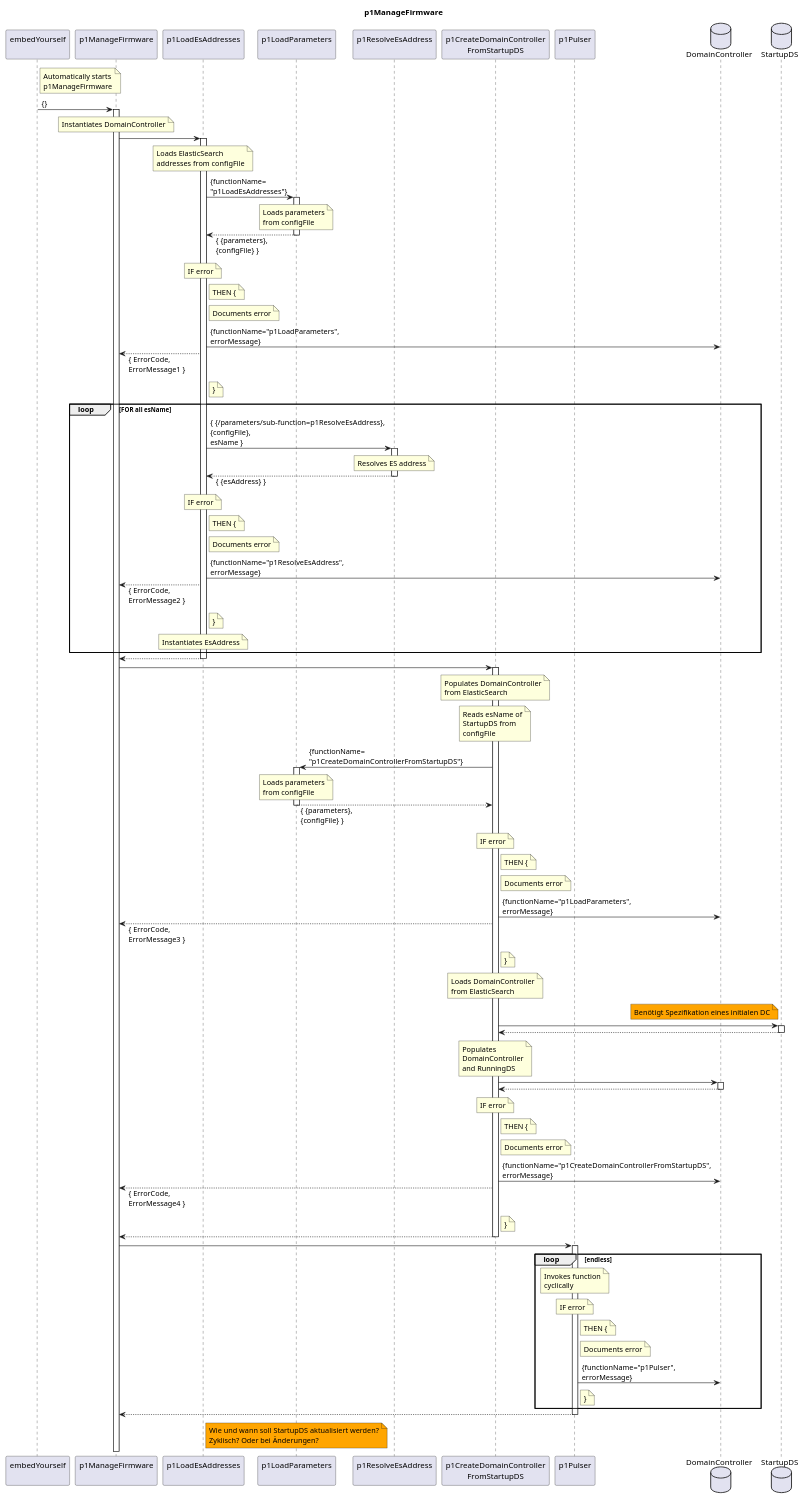
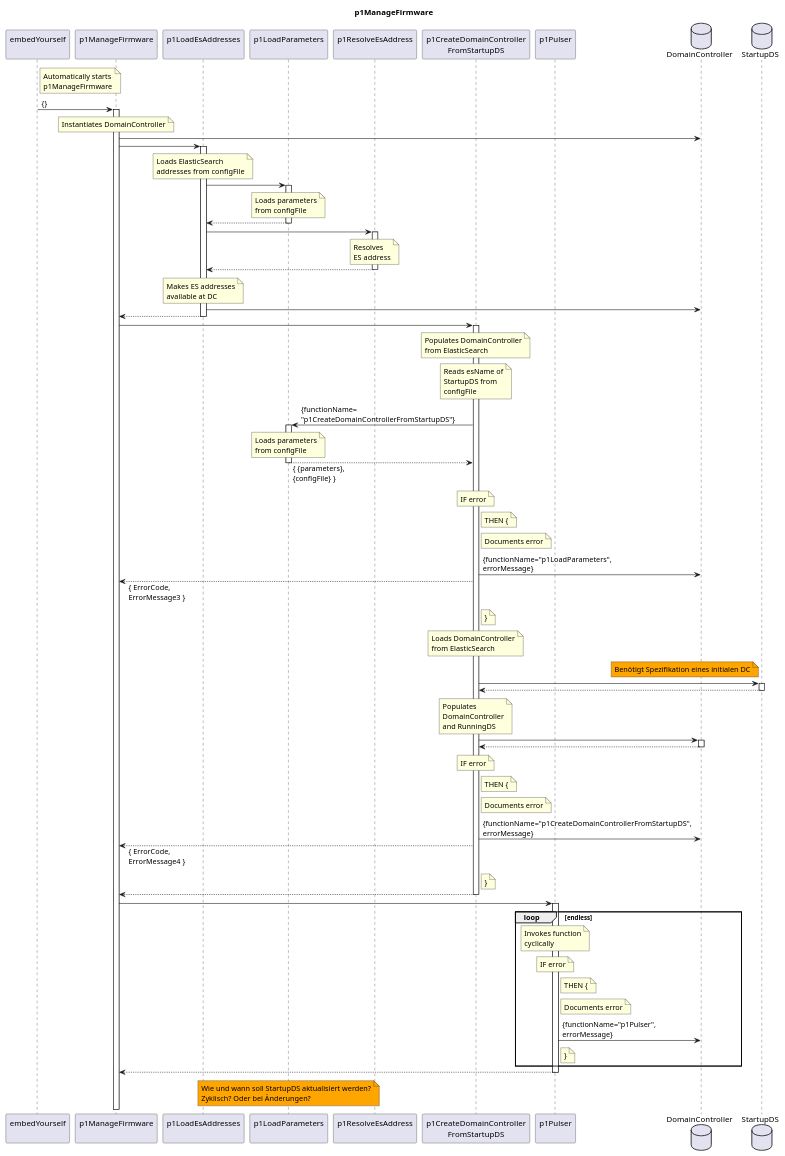
The diagram in spec/Functions/Administrative/p1ManageFirmware/1.0.0/p1ManageFirmware.plantuml (openBackhaul/FirmWareManager), drawn with PlantUML before and after one commit. The commit also changed 6 other files, not shown here.

Commit message:
Add sequence diagram of p1LoadEsAddresses

```diff
--- a/spec/Functions/Administrative/p1ManageFirmware/1.0.0/p1ManageFirmware.plantuml
+++ b/spec/Functions/Administrative/p1ManageFirmware/1.0.0/p1ManageFirmware.plantuml
@@ -1,191 +1,162 @@
 @startuml p1ManageFirmware
 skinparam responseMessageBelowArrow true
 
 title
   p1ManageFirmware
 end title
 
 participant "embedYourself\n" as embed
 participant "p1ManageFirmware\n" as p1ManaFw
 participant "p1LoadEsAddresses\n" as p1LEA
 participant "p1LoadParameters\n" as p1LP
 participant "p1ResolveEsAddress\n" as p1REA
 participant "p1CreateDomainController\nFromStartupDS" as p1CDCFS
 participant "p1Pulser\n" as p1Puls
 database "DomainController" as DC
 database "StartupDS" as StartDS
 
 note right embed
   Automatically starts
   p1ManageFirmware
 end note
 embed -> p1ManaFw : {}
 activate p1ManaFw
 
   note over p1ManaFw
     Instantiates DomainController
   end note
+  p1ManaFw -> DC
 
   p1ManaFw -> p1LEA
   activate p1LEA
     note over p1LEA
       Loads ElasticSearch
       addresses from configFile
     end note
-
-    p1LEA -> p1LP : {functionName=\n"p1LoadEsAddresses"}
+    p1LEA -> p1LP
     activate p1LP
       note over p1LP
         Loads parameters
         from configFile
       end note
-    p1LEA <-- p1LP : { {parameters},\n{configFile} }
+    p1LEA <-- p1LP
     deactivate p1LP
+    p1LEA -> p1REA
+    activate p1REA
+      note over p1REA
+        Resolves
+        ES address
+      end note
+    p1LEA <-- p1REA
+    deactivate p1REA
     note over p1LEA
-      IF error
+      Makes ES addresses
+      available at DC
     end note
-    note right p1LEA
-      THEN {
-    end note
-    note right p1LEA
-      Documents error
-    end note
-    p1LEA -> DC : {functionName="p1LoadParameters",\nerrorMessage}
-    p1ManaFw <-- p1LEA : { ErrorCode,\nErrorMessage1 }
-    note right p1LEA
-      }
-    end note
-
-    loop FOR all esName
-      p1LEA -> p1REA : { {/parameters/sub-function=p1ResolveEsAddress},\n{configFile},\nesName }
-      activate p1REA
-        note over p1REA
-          Resolves ES address
-        end note
-      p1LEA <-- p1REA : { {esAddress} }
-      deactivate p1REA
-      note over p1LEA
-        IF error
-      end note
-      note right p1LEA
-        THEN {
-      end note
-      note right p1LEA
-        Documents error
-      end note
-      p1LEA -> DC : {functionName="p1ResolveEsAddress",\nerrorMessage}
-      p1ManaFw <-- p1LEA : { ErrorCode,\nErrorMessage2 }
-      note right p1LEA
-        }
-      end note
-
-      note over p1LEA
-        Instantiates EsAddress
-      end note
-    end loop
+    p1LEA -> DC
   p1ManaFw <-- p1LEA
   deactivate p1LEA
 
   p1ManaFw -> p1CDCFS
   activate p1CDCFS
     note over p1CDCFS
       Populates DomainController
       from ElasticSearch
     end note
 
     note over p1CDCFS
       Reads esName of
       StartupDS from
       configFile
     end note
     p1CDCFS -> p1LP : {functionName=\n"p1CreateDomainControllerFromStartupDS"}
     activate p1LP
       note over p1LP
         Loads parameters
         from configFile
       end note
     p1CDCFS <-- p1LP : { {parameters},\n{configFile} }
     deactivate p1LP
     note over p1CDCFS
       IF error
     end note
     note right p1CDCFS
       THEN {
     end note
     note right p1CDCFS
       Documents error
     end note
     p1CDCFS -> DC : {functionName="p1LoadParameters",\nerrorMessage}
     p1ManaFw <-- p1CDCFS : { ErrorCode,\nErrorMessage3 }
     note right p1CDCFS
       }
     end note
 
     note over p1CDCFS
       Loads DomainController
       from ElasticSearch
     end note
         note left StartDS #Orange
           Benötigt Spezifikation eines initialen DC
         end note
     p1CDCFS -> StartDS
     activate StartDS
     p1CDCFS <-- StartDS
     deactivate StartDS
 
     note over p1CDCFS
       Populates
       DomainController
       and RunningDS
     end note
     p1CDCFS -> DC
     activate DC
     p1CDCFS <-- DC
     deactivate DC
     note over p1CDCFS
       IF error
     end note
     note right p1CDCFS
       THEN {
     end note
     note right p1CDCFS
       Documents error
     end note
     p1CDCFS -> DC : {functionName="p1CreateDomainControllerFromStartupDS",\nerrorMessage}
     p1ManaFw <-- p1CDCFS : { ErrorCode,\nErrorMessage4 }
     note right p1CDCFS
       }
     end note
   p1ManaFw <-- p1CDCFS
   deactivate p1CDCFS
   
   p1ManaFw -> p1Puls
   activate p1Puls
     loop endless
       note over p1Puls
         Invokes function
         cyclically 
       end note
       note over p1Puls
         IF error
       end note
       note right p1Puls
         THEN {
       end note
       note right p1Puls
         Documents error
       end note
       p1Puls -> DC : {functionName="p1Pulser",\nerrorMessage}
       note right p1Puls
         }
       end note
     end loop
   p1ManaFw <-- p1Puls
   deactivate p1Puls
 
   note over p1LP #Orange
     Wie und wann soll StartupDS aktualisiert werden?
     Zyklisch? Oder bei Änderungen?
   end note
 
 @enduml
```
